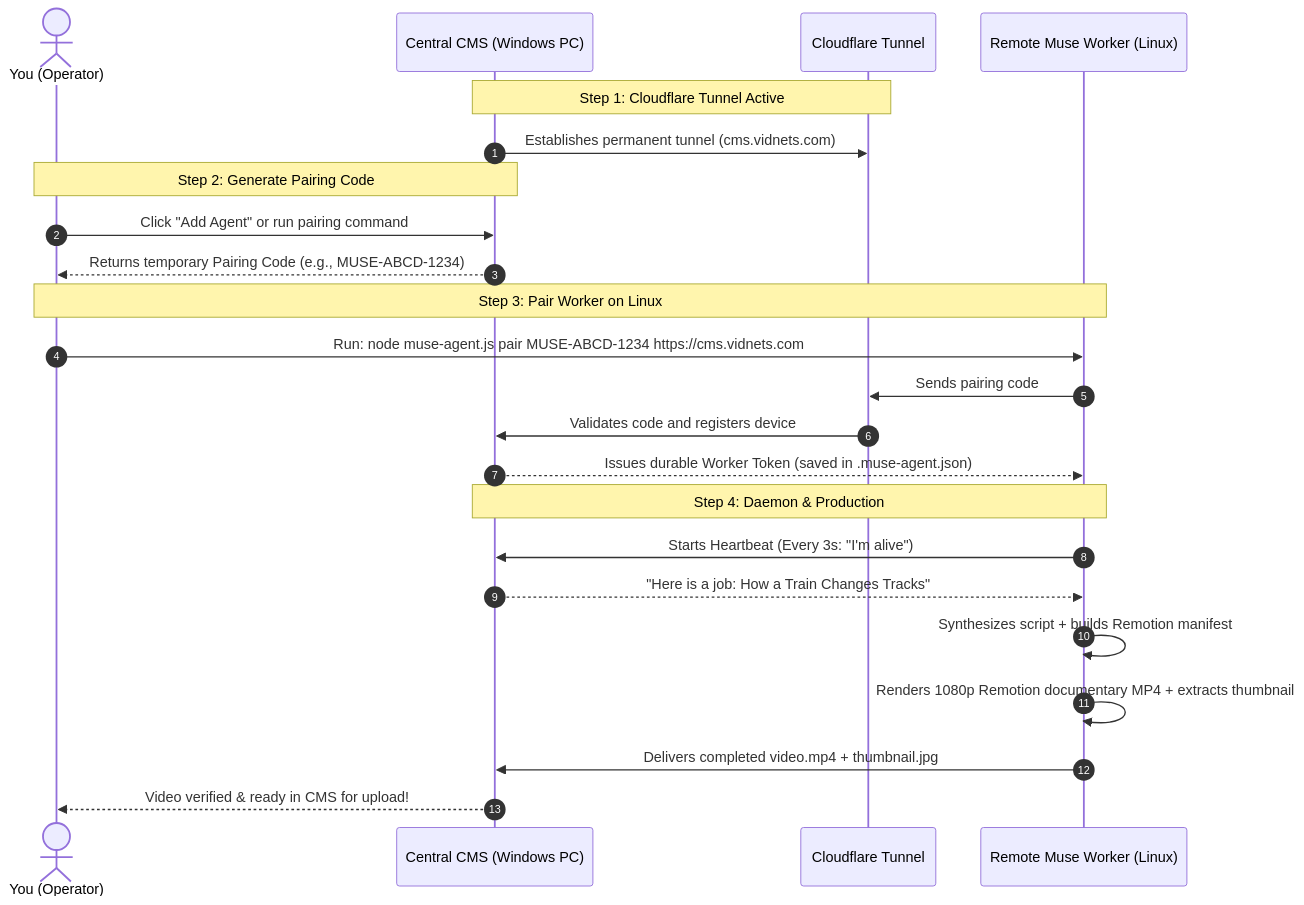
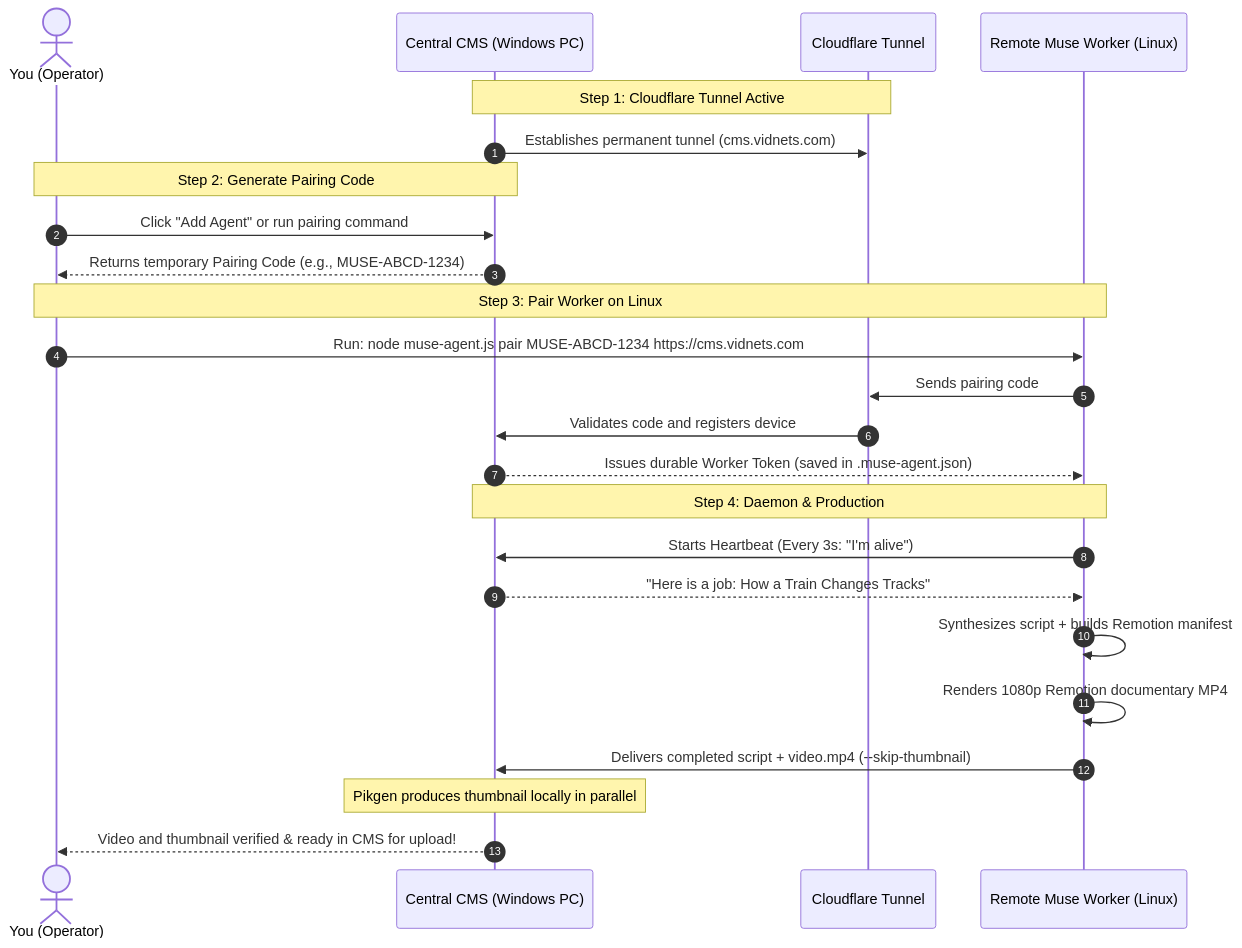
One commit to armughan-zeb/M2l changed the diagram in WORKFLOW_GUIDE.md. Above: the diagram before and after it, drawn with Mermaid. The commit also changed other lines of this file and 5 other files, not shown here.

Commit message:
feat(muse): remove thumbnail instructions to worker (script + video only, thumbnails handled by Pikgen)

````diff
--- a/WORKFLOW_GUIDE.md
+++ b/WORKFLOW_GUIDE.md
@@ -62,29 +62,30 @@
 ```mermaid
 sequenceDiagram
     autonumber
     actor User as You (Operator)
     participant CMS as Central CMS (Windows PC)
     participant CF as Cloudflare Tunnel
     participant Worker as Remote Muse Worker (Linux)
 
     Note over CMS,CF: Step 1: Cloudflare Tunnel Active
     CMS->>CF: Establishes permanent tunnel (cms.vidnets.com)
     
     Note over User,CMS: Step 2: Generate Pairing Code
     User->>CMS: Click "Add Agent" or run pairing command
     CMS-->>User: Returns temporary Pairing Code (e.g., MUSE-ABCD-1234)
 
     Note over User,Worker: Step 3: Pair Worker on Linux
     User->>Worker: Run: node muse-agent.js pair MUSE-ABCD-1234 https://cms.vidnets.com
     Worker->>CF: Sends pairing code
     CF->>CMS: Validates code and registers device
     CMS-->>Worker: Issues durable Worker Token (saved in .muse-agent.json)
 
     Note over Worker,CMS: Step 4: Daemon & Production
     Worker->>CMS: Starts Heartbeat (Every 3s: "I'm alive")
     CMS-->>Worker: "Here is a job: How a Train Changes Tracks"
     Worker->>Worker: Synthesizes script + builds Remotion manifest
-    Worker->>Worker: Renders 1080p Remotion documentary MP4 + extracts thumbnail
-    Worker->>CMS: Delivers completed video.mp4 + thumbnail.jpg
-    CMS-->>User: Video verified & ready in CMS for upload!
+    Worker->>Worker: Renders 1080p Remotion documentary MP4
+    Worker->>CMS: Delivers completed script + video.mp4 (--skip-thumbnail)
+    Note over CMS: Pikgen produces thumbnail locally in parallel
+    CMS-->>User: Video and thumbnail verified & ready in CMS for upload!
 ```
````
